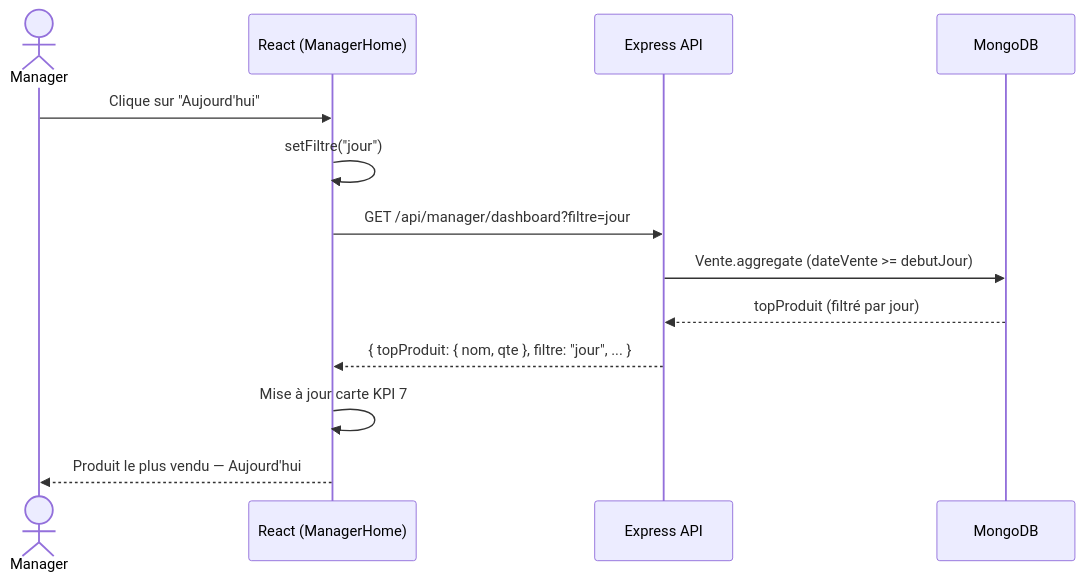
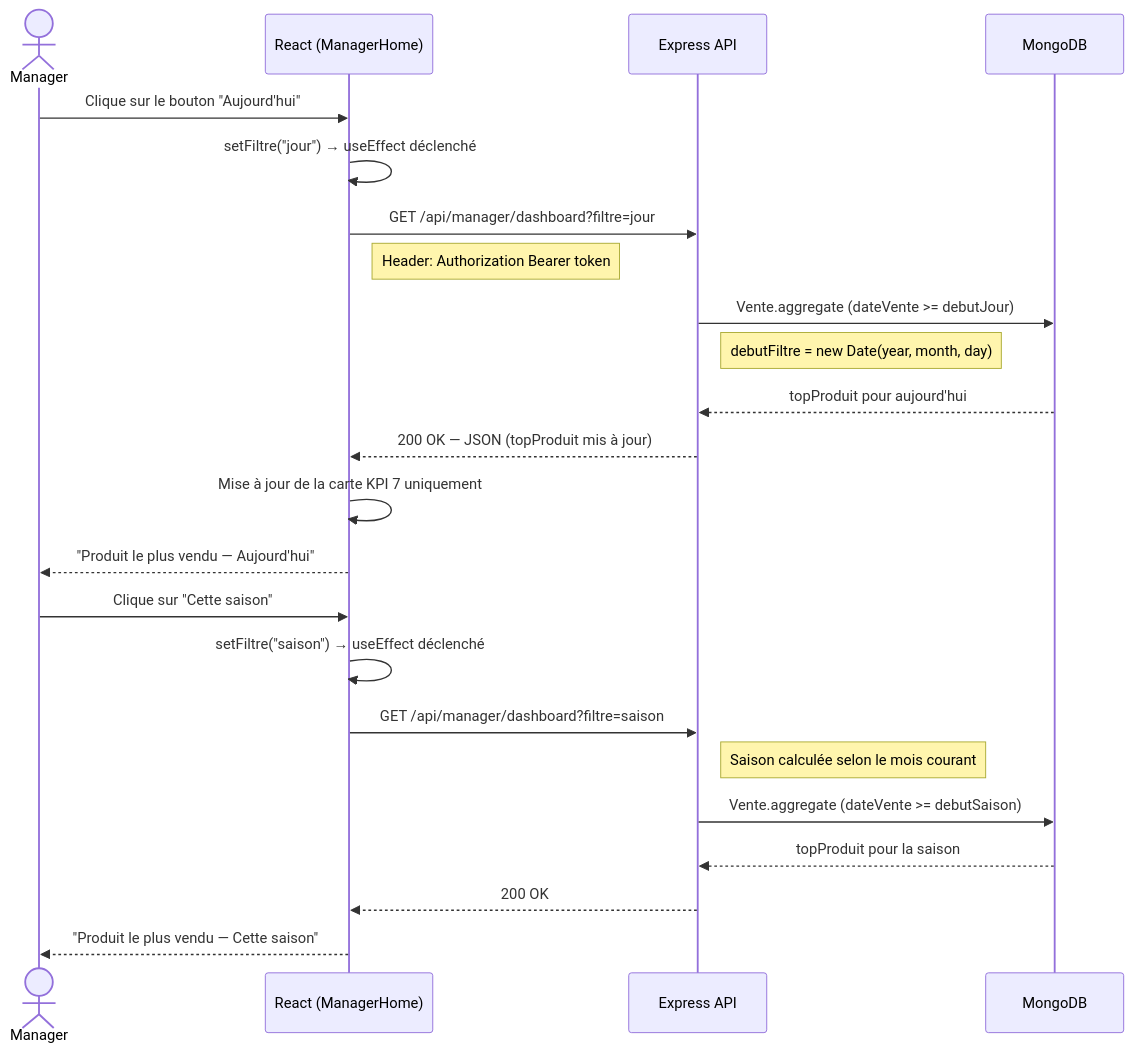
The third of 6 diagrams in rapport_sprint4.md (mo3t3z/smartjuiceM), drawn with Mermaid before and after one commit. The commit also changed other lines of this file and 4 other files, not shown here.

````diff
--- a/rapport_sprint4.md
+++ b/rapport_sprint4.md
@@ -360,16 +241,30 @@
 ```mermaid
 sequenceDiagram
     actor Manager
-    participant Frontend as React (ManagerHome)
+    participant React as React (ManagerHome)
     participant API as Express API
     participant DB as MongoDB
 
-    Manager->>Frontend: Clique sur "Aujourd'hui"
-    Frontend->>Frontend: setFiltre("jour")
-    Frontend->>API: GET /api/manager/dashboard?filtre=jour
+    Manager->>React: Clique sur le bouton "Aujourd'hui"
+    React->>React: setFiltre("jour") → useEffect déclenché
+    React->>API: GET /api/manager/dashboard?filtre=jour
+    Note right of React: Header: Authorization Bearer token
+
     API->>DB: Vente.aggregate (dateVente >= debutJour)
-    DB-->>API: topProduit (filtré par jour)
-    API-->>Frontend: { topProduit: { nom, qte }, filtre: "jour", ... }
-    Frontend->>Frontend: Mise à jour carte KPI 7
-    Frontend-->>Manager: Produit le plus vendu — Aujourd'hui
+    Note right of API: debutFiltre = new Date(year, month, day)
+    DB-->>API: topProduit pour aujourd'hui
+
+    API-->>React: 200 OK — JSON (topProduit mis à jour)
+    React->>React: Mise à jour de la carte KPI 7 uniquement
+    React-->>Manager: "Produit le plus vendu — Aujourd'hui"
+
+    Manager->>React: Clique sur "Cette saison"
+    React->>React: setFiltre("saison") → useEffect déclenché
+    React->>API: GET /api/manager/dashboard?filtre=saison
+    Note right of API: Saison calculée selon le mois courant
+
+    API->>DB: Vente.aggregate (dateVente >= debutSaison)
+    DB-->>API: topProduit pour la saison
+    API-->>React: 200 OK
+    React-->>Manager: "Produit le plus vendu — Cette saison"
 ```
````
